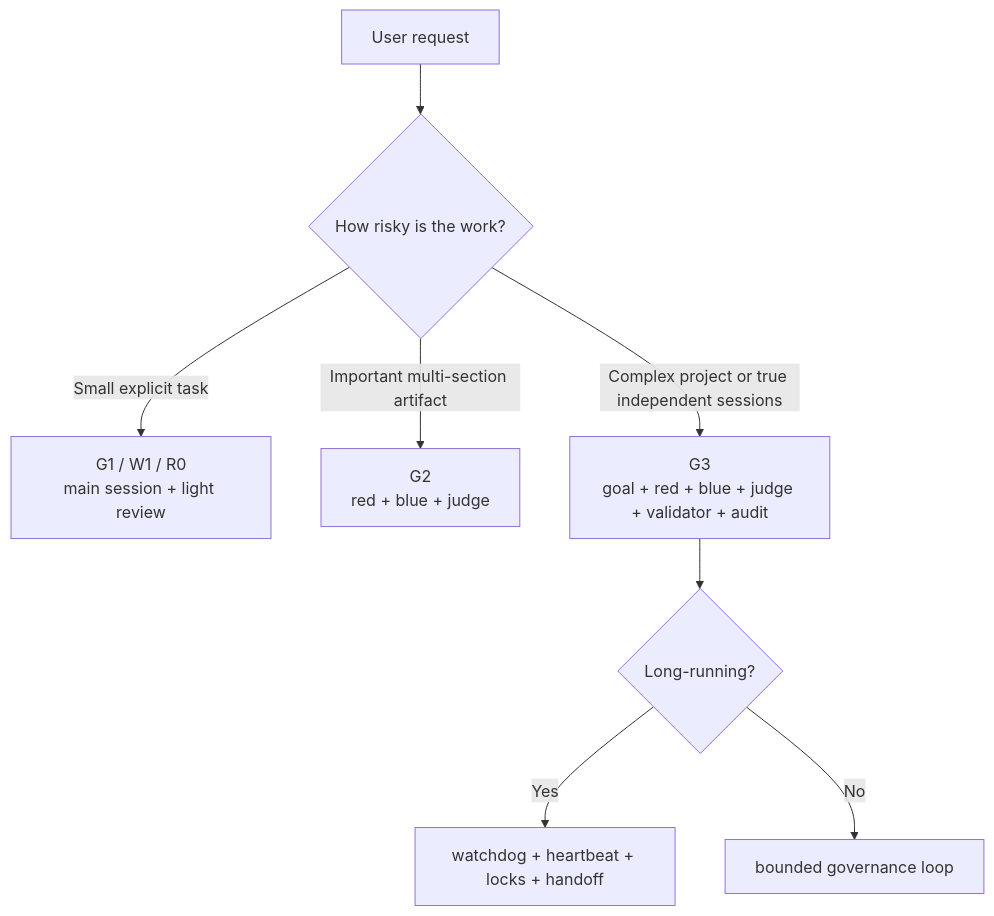
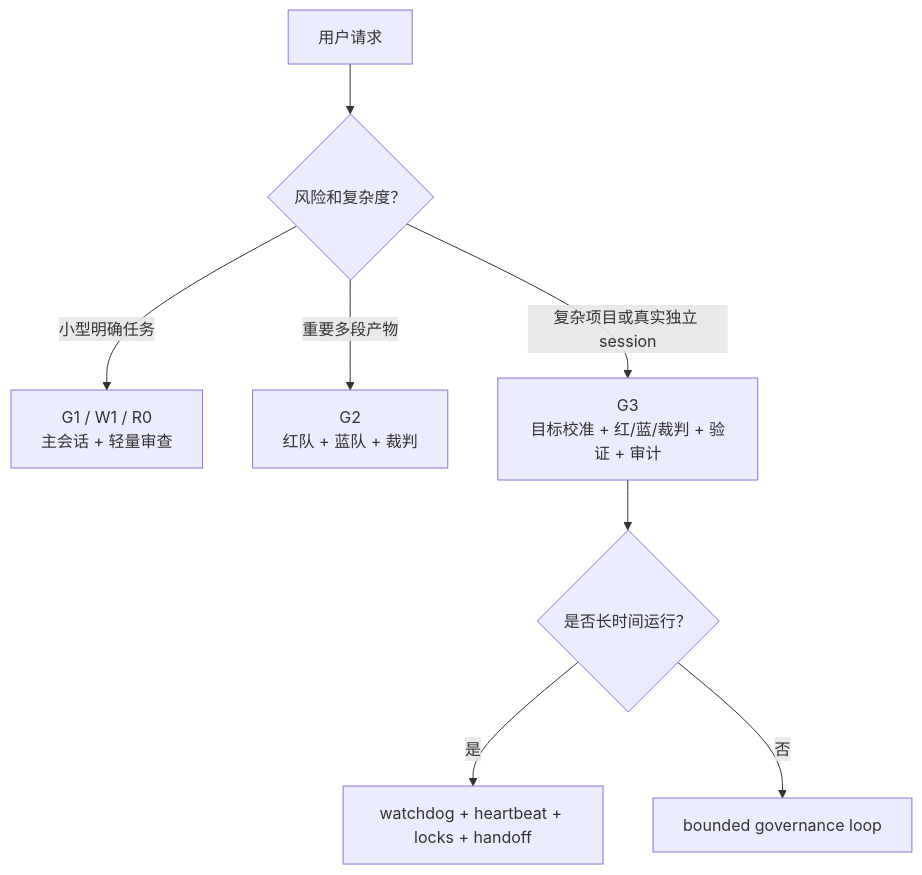
Before and after one commit to pigeon-flower/multi-thread-generative-governance-skill: the second of 3 diagrams in README.md, drawn with Mermaid. The commit also changed other lines of this file and 33 other files, not shown here.

````diff
--- a/README.md
+++ b/README.md
@@ -122,10 +102,10 @@
 ```mermaid
 flowchart TD
-    Q["User request"] --> T{"How risky is the work?"}
-    T -->|Small explicit task| G1["G1 / W1 / R0<br/>main session + light review"]
-    T -->|Important multi-section artifact| G2["G2<br/>red + blue + judge"]
-    T -->|Complex project or true independent sessions| G3["G3<br/>goal + red + blue + judge + validator + audit"]
-    G3 --> R2{"Long-running?"}
-    R2 -->|Yes| Watch["watchdog + heartbeat + locks + handoff"]
-    R2 -->|No| Close["bounded governance loop"]
+    Q["用户请求"] --> T{"风险和复杂度？"}
+    T -->|小型明确任务| G1["G1 / W1 / R0<br/>主会话 + 轻量审查"]
+    T -->|重要多段产物| G2["G2<br/>红队 + 蓝队 + 裁判"]
+    T -->|复杂项目或真实独立 session| G3["G3<br/>目标校准 + 红/蓝/裁判 + 验证 + 审计"]
+    G3 --> R2{"是否长时间运行？"}
+    R2 -->|是| Watch["watchdog + heartbeat + locks + handoff"]
+    R2 -->|否| Close["bounded governance loop"]
 ```
````
